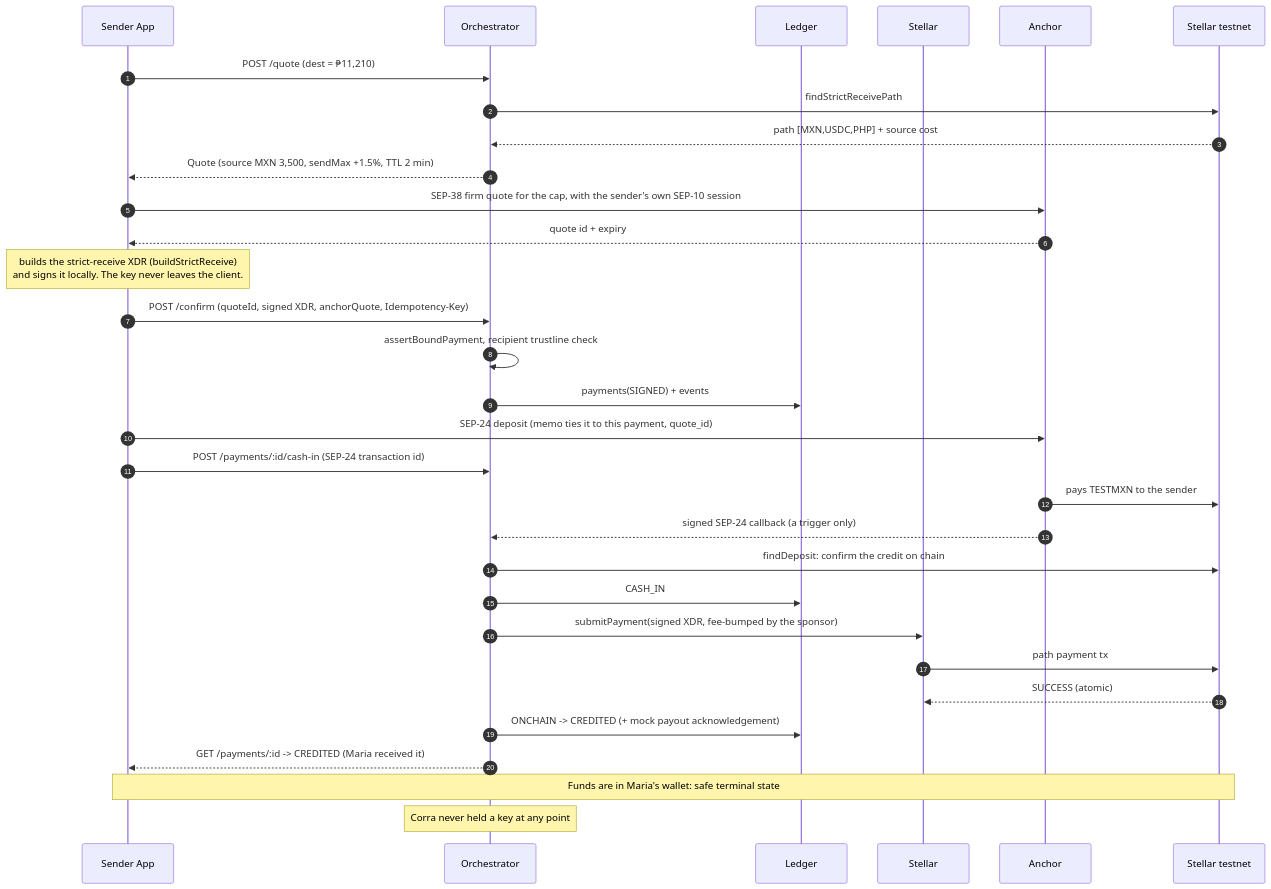
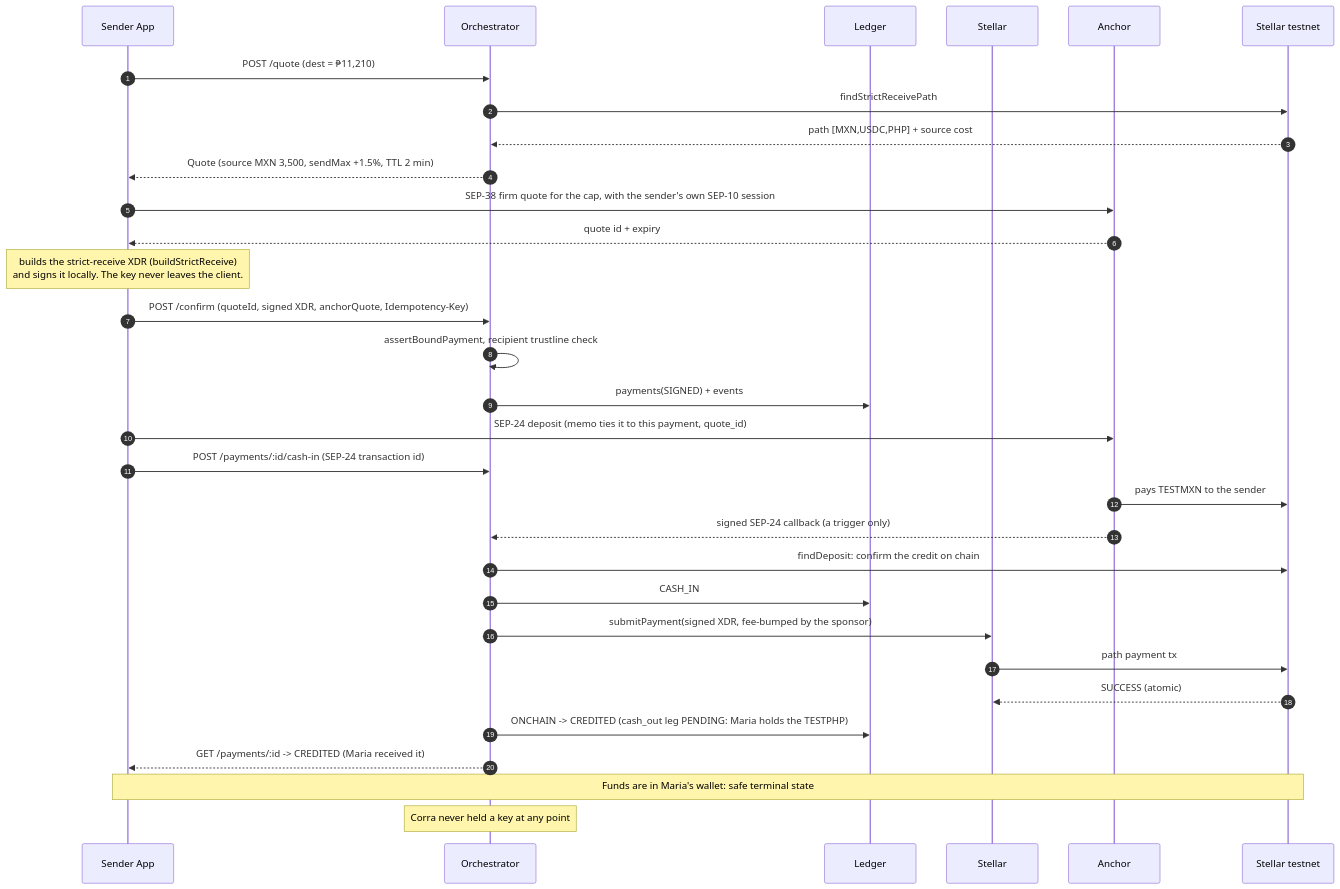
The first of 6 diagrams in docs/flows.md (yigitcangokmen/corramoney), drawn with Mermaid before and after one commit. The commit also changed other lines of this file and 12 other files, not shown here.

Commit message:
docs: month 2 architecture, api, risks, testnet reset, release checklist

````diff
--- a/docs/flows.md
+++ b/docs/flows.md
@@ -7,34 +7,34 @@
 ```mermaid
 sequenceDiagram
     autonumber
     participant S as Sender App
     participant O as Orchestrator
     participant L as Ledger
     participant K as Stellar
     participant A as Anchor
     participant X as Stellar testnet
 
     S->>O: POST /quote (dest = ₱11,210)
     O->>X: findStrictReceivePath
     X-->>O: path [MXN,USDC,PHP] + source cost
     O-->>S: Quote (source MXN 3,500, sendMax +1.5%, TTL 2 min)
     S->>A: SEP-38 firm quote for the cap, with the sender's own SEP-10 session
     A-->>S: quote id + expiry
     Note over S: builds the strict-receive XDR (buildStrictReceive)<br/>and signs it locally. The key never leaves the client.
     S->>O: POST /confirm (quoteId, signed XDR, anchorQuote, Idempotency-Key)
     O->>O: assertBoundPayment, recipient trustline check
     O->>L: payments(SIGNED) + events
     S->>A: SEP-24 deposit (memo ties it to this payment, quote_id)
     S->>O: POST /payments/:id/cash-in (SEP-24 transaction id)
     A->>X: pays TESTMXN to the sender
     A-->>O: signed SEP-24 callback (a trigger only)
     O->>X: findDeposit: confirm the credit on chain
     O->>L: CASH_IN
     O->>K: submitPayment(signed XDR, fee-bumped by the sponsor)
     K->>X: path payment tx
     X-->>K: SUCCESS (atomic)
-    O->>L: ONCHAIN -> CREDITED (+ mock payout acknowledgement)
+    O->>L: ONCHAIN -> CREDITED (cash_out leg PENDING: Maria holds the TESTPHP)
     O-->>S: GET /payments/:id -> CREDITED (Maria received it)
     Note over S,X: Funds are in Maria's wallet: safe terminal state
     Note over O: Corra never held a key at any point
 ```
````
